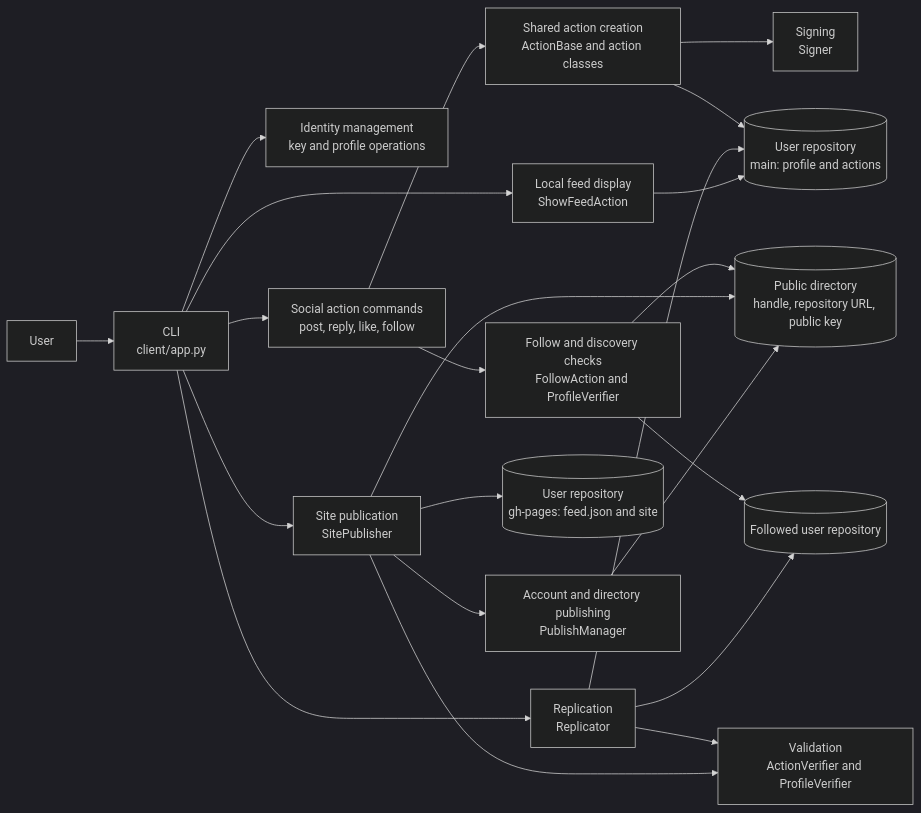
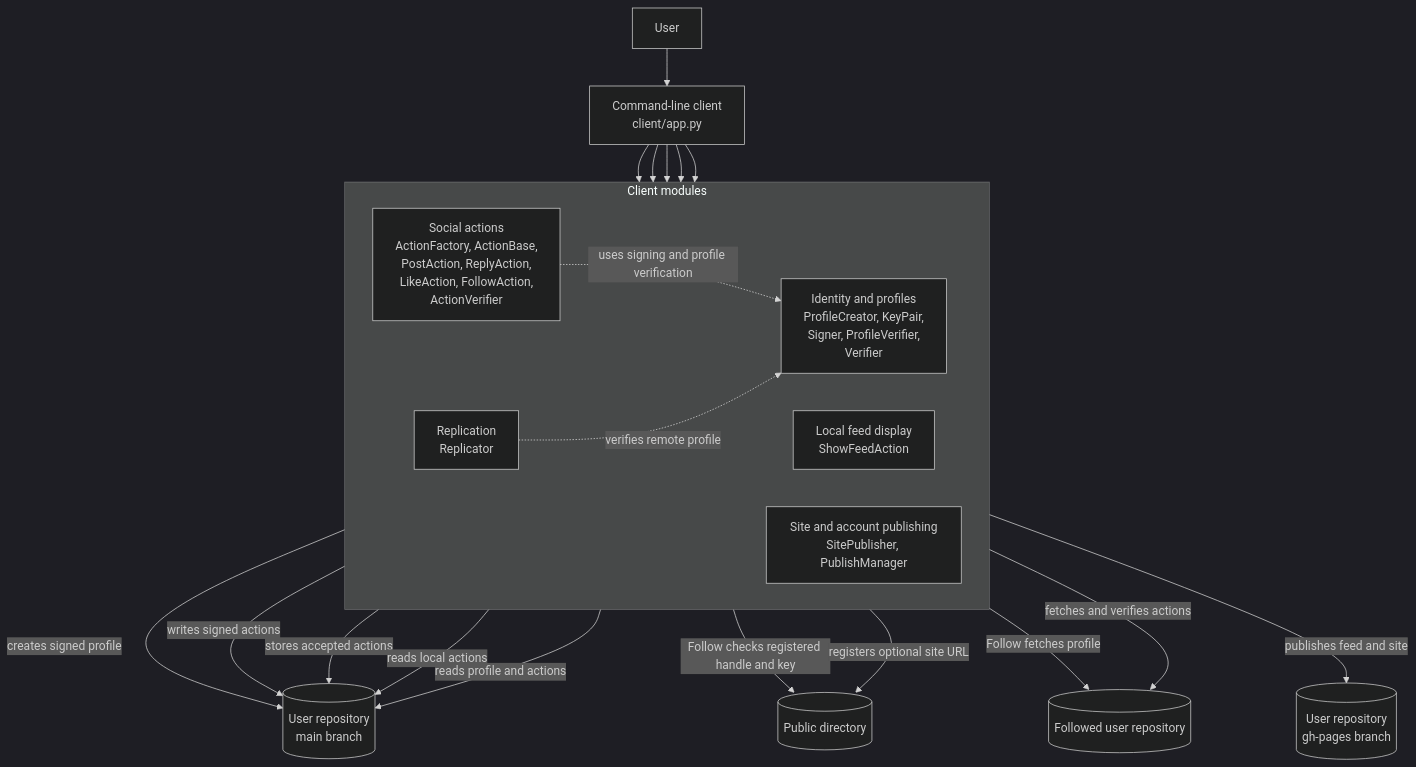
Before and after one commit to gargster/ELEC4712_Decentralised_Blog: the ninth of 10 diagrams in latest_design.md, drawn with Mermaid (dark theme). The commit also changed other lines of this file, not shown here.

````diff
--- a/latest_design.md
+++ b/latest_design.md
@@ -382,28 +384,34 @@
 ```mermaid
-flowchart LR
-    User[User] --> CLI[CLI<br/>client/app.py]
+flowchart TB
+    User[User] --> CLI[Command-line client<br/>client/app.py]
 
-    CLI --> Identity[Identity management<br/>key and profile operations]
-    CLI --> Actions[Social action commands<br/>post, reply, like, follow]
-    CLI --> Replication[Replication<br/>Replicator]
-    CLI --> Feed[Local feed display<br/>ShowFeedAction]
-    CLI --> Publishing[Site publication<br/>SitePublisher]
+    subgraph Modules["Client modules"]
+        direction LR
+        Identity["Identity and profiles<br/>ProfileCreator, KeyPair,<br/>Signer, ProfileVerifier,<br/>Verifier"]
+        Actions["Social actions<br/>ActionFactory, ActionBase,<br/>PostAction, ReplyAction,<br/>LikeAction, FollowAction,<br/>ActionVerifier"]
+        Replication["Replication<br/>Replicator"]
+        Feed["Local feed display<br/>ShowFeedAction"]
+        Publishing["Site and account publishing<br/>SitePublisher, PublishManager"]
+    end
 
-    Actions --> ActionBase[Shared action creation<br/>ActionBase and action classes]
-    ActionBase --> Signing[Signing<br/>Signer]
-    ActionBase --> LocalRepo[(User repository<br/>main: profile and actions)]
-    Actions --> Follow[Follow and discovery checks<br/>FollowAction and ProfileVerifier]
-    Follow --> Directory[(Public directory<br/>handle, repository URL, public key)]
-    Follow --> RemoteRepo[(Followed user repository)]
+    CLI --> Identity
+    CLI --> Actions
+    CLI --> Replication
+    CLI --> Feed
+    CLI --> Publishing
 
-    Replication --> Verifiers[Validation<br/>ActionVerifier and ProfileVerifier]
-    Replication --> RemoteRepo
-    Replication --> LocalRepo
+    Identity -->|creates signed profile| MainRepo[(User repository<br/>main branch)]
+    Actions -->|writes signed actions| MainRepo
+    Actions -->|Follow checks registered handle and key| Directory[(Public directory)]
+    Actions -->|Follow fetches profile| RemoteRepo[(Followed user repository)]
+    Actions -.->|uses signing and profile verification| Identity
 
-    Feed --> LocalRepo
-    Publishing --> Verifiers
-    Publishing --> Directory
-    Publishing --> Pages[(User repository<br/>gh-pages: feed.json and site)]
-    Publishing --> PublishManager[Account and directory publishing<br/>PublishManager]
-    PublishManager --> Directory
+    Replication -->|fetches and verifies actions| RemoteRepo
+    Replication -->|stores accepted actions| MainRepo
+    Replication -.->|verifies remote profile| Identity
+
+    Feed -->|reads local actions| MainRepo
+    Publishing -->|reads profile and actions| MainRepo
+    Publishing -->|publishes feed and site| Pages[(User repository<br/>gh-pages branch)]
+    Publishing -->|registers optional site URL| Directory
 ```
````
